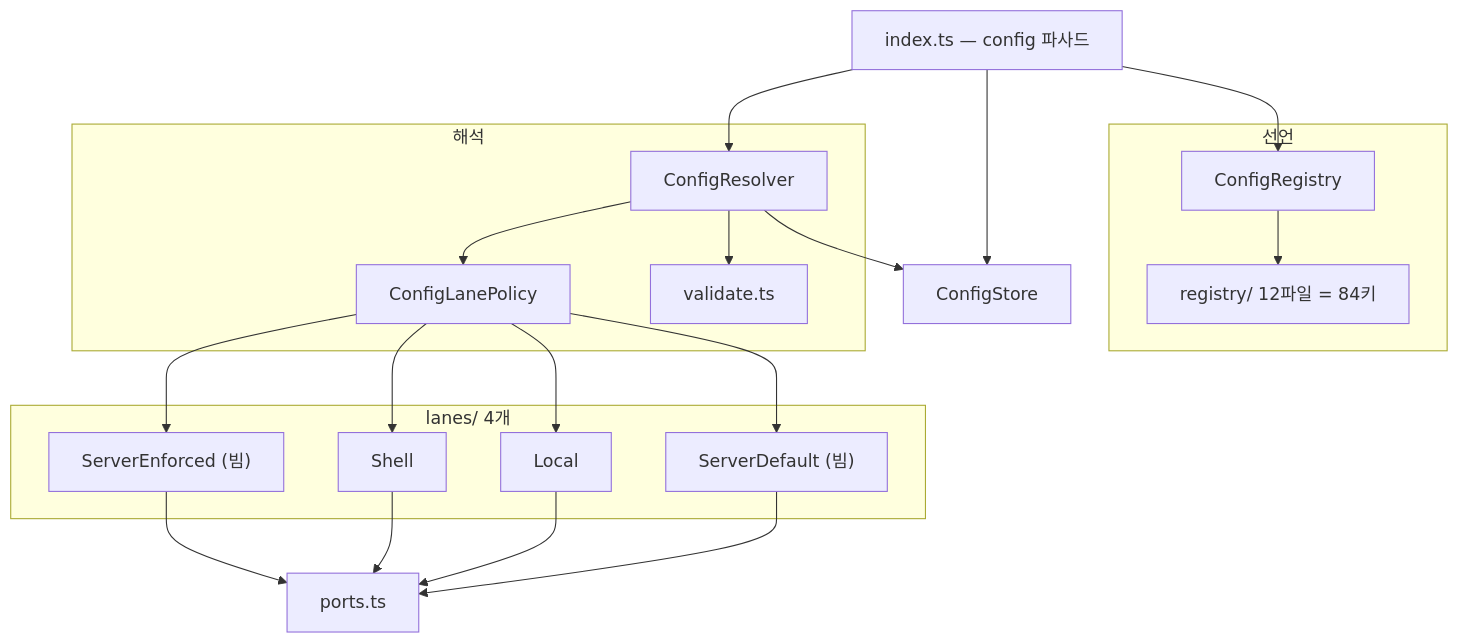
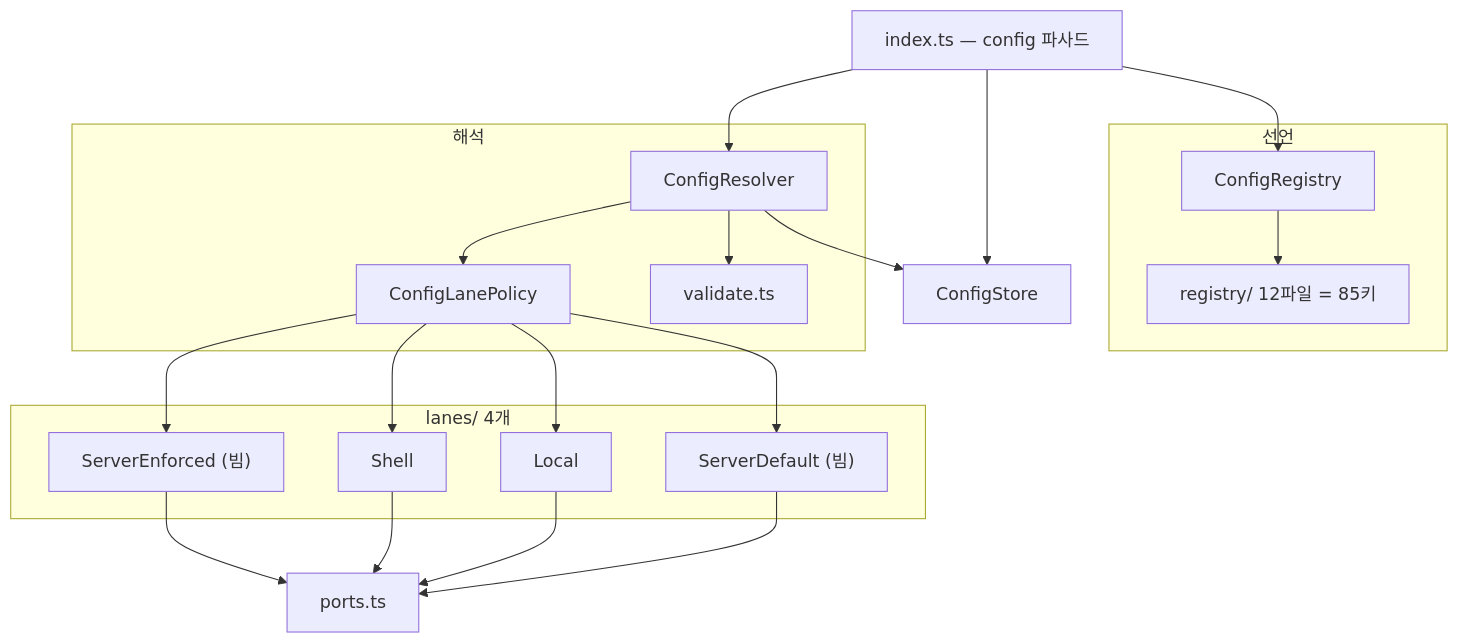
The third of 3 diagrams in libs/config/docs/architecture.md (lemoncloud-io/dou-app), drawn with Mermaid before and after one commit. The commit also changed 7 other files, not shown here.

````diff
--- a/libs/config/docs/architecture.md
+++ b/libs/config/docs/architecture.md
@@ -171,26 +171,26 @@
 ```mermaid
 graph TB
     FACADE["index.ts — config 파사드"]
     subgraph decl["선언"]
         REG["ConfigRegistry"]
-        DOM["registry/ 12파일 = 84키"]
+        DOM["registry/ 12파일 = 85키"]
     end
     subgraph resl["해석"]
         POL["ConfigLanePolicy"]
         RSV["ConfigResolver"]
         VAL["validate.ts"]
     end
     ST["ConfigStore"]
     subgraph ln["lanes/ 4개"]
         L1["ServerEnforced (빔)"]
         L2["Shell"]
         L3["Local"]
         L4["ServerDefault (빔)"]
     end
     PORTS["ports.ts"]
     FACADE --> REG & RSV & ST
     REG --> DOM
     RSV --> POL & VAL & ST
     POL --> L1 & L2 & L3 & L4
     L1 & L2 & L3 & L4 --> PORTS
 ```
````
